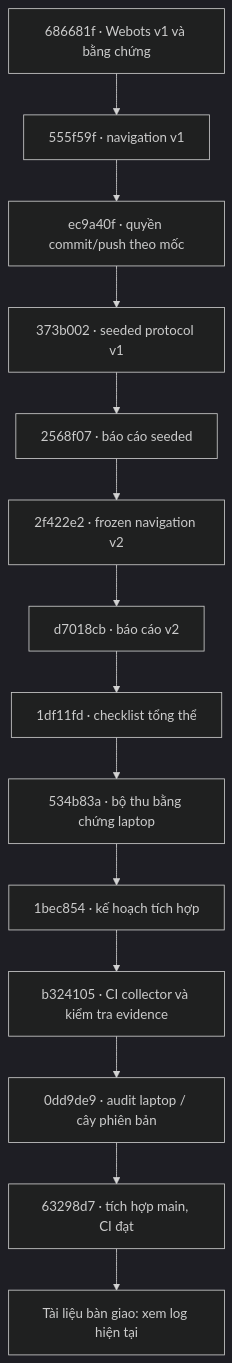
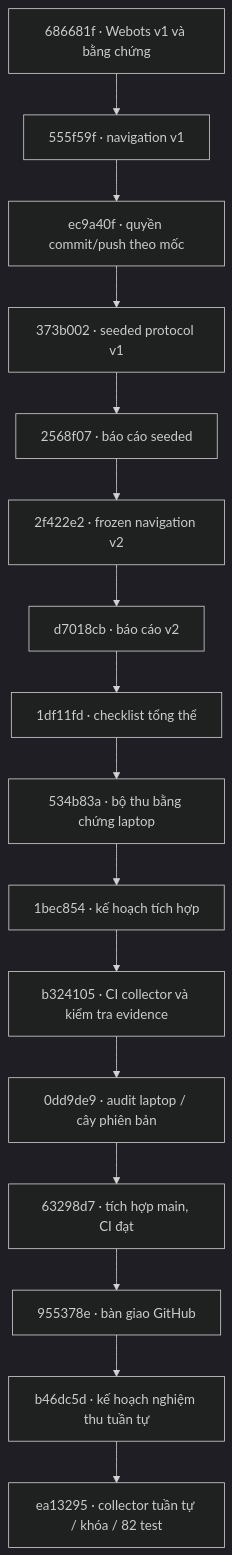
The diagram in docs/version-history.md (NguyenPhan161206/Game_Simulator_Lap-Blind_Drone), drawn with Mermaid (dark theme) before and after one commit. The commit also changed other lines of this file and 6 other files, not shown here.

````diff
--- a/docs/version-history.md
+++ b/docs/version-history.md
@@ -9,16 +9,18 @@
 ```mermaid
 flowchart TD
   W["686681f · Webots v1 và bằng chứng"] --> N["555f59f · navigation v1"]
   N --> G["ec9a40f · quyền commit/push theo mốc"]
   G --> S["373b002 · seeded protocol v1"]
   S --> SD["2568f07 · báo cáo seeded"]
   SD --> V["2f422e2 · frozen navigation v2"]
   V --> VD["d7018cb · báo cáo v2"]
   VD --> C["1df11fd · checklist tổng thể"]
   C --> L["534b83a · bộ thu bằng chứng laptop"]
   L --> P["1bec854 · kế hoạch tích hợp"]
   P --> T["b324105 · CI collector và kiểm tra evidence"]
   T --> A["0dd9de9 · audit laptop / cây phiên bản"]
   A --> I["63298d7 · tích hợp main, CI đạt"]
-  I --> H["Tài liệu bàn giao: xem log hiện tại"]
+  I --> H["955378e · bàn giao GitHub"]
+  H --> P8["b46dc5d · kế hoạch nghiệm thu tuần tự"]
+  P8 --> L8["ea13295 · collector tuần tự / khóa / 82 test"]
 ```
````
